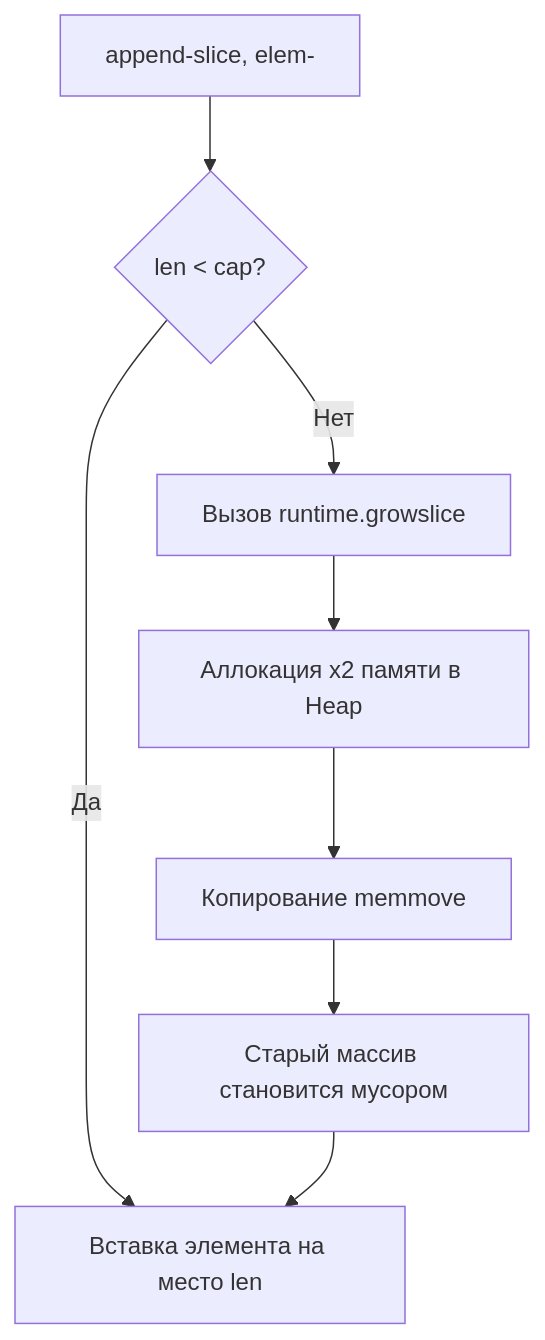
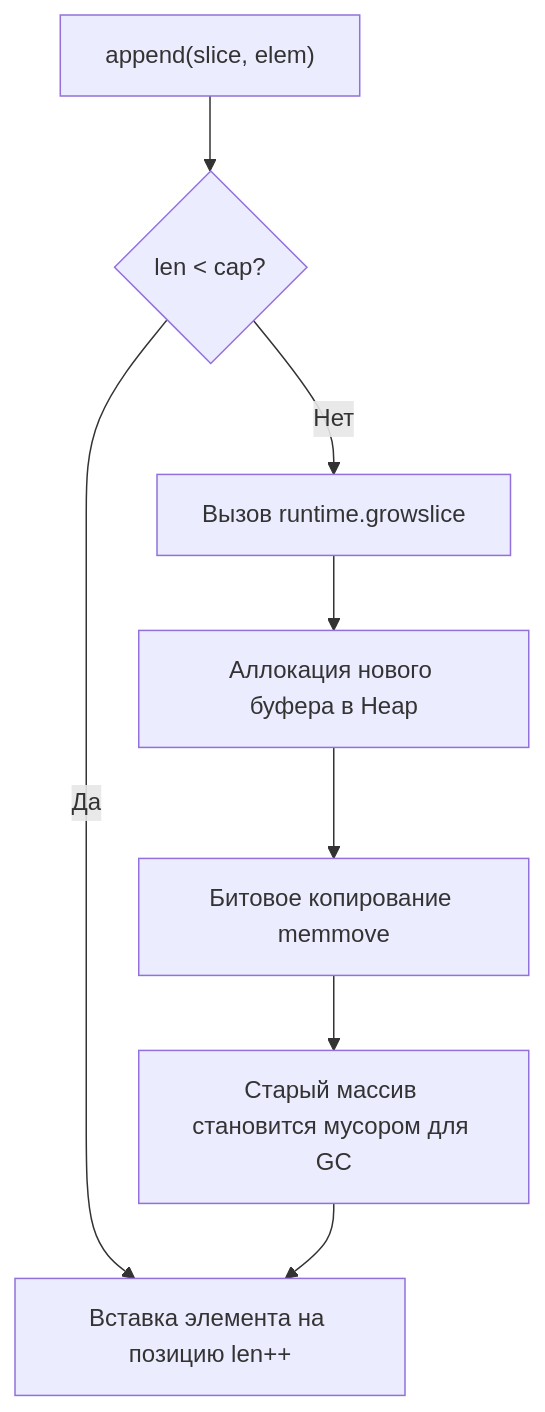
The second of 3 diagrams in sources/16. Профилирование, отладка и производительность/09. Практические оптимизации/1. Уменьшение аллокаций.md (UnrealTemplier/go-textbook), drawn with Mermaid before and after one commit. The commit also changed other lines of this file, not shown here.

````diff
--- a/sources/16. Профилирование, отладка и производительность/09. Практические оптимизации/1. Уменьшение аллокаций.md
+++ b/sources/16. Профилирование, отладка и производительность/09. Практические оптимизации/1. Уменьшение аллокаций.md
@@ -50,10 +96,10 @@
 ```mermaid
 flowchart TD
-    A["append-slice, elem-"] --> B{"len < cap?"}
-    B -- "Да" --> C["Вставка элемента на место len"]
+    A["append(slice, elem)"] --> B{"len < cap?"}
+    B -- "Да" --> C["Вставка элемента на позицию len++"]
     B -- "Нет" --> D["Вызов runtime.growslice"]
-    D --> E["Аллокация x2 памяти в Heap"]
-    E --> F["Копирование memmove"]
-    F --> G["Старый массив становится мусором"]
+    D --> E["Аллокация нового буфера в Heap"]
+    E --> F["Битовое копирование memmove"]
+    F --> G["Старый массив становится мусором для GC"]
     G --> C
 ```
````
